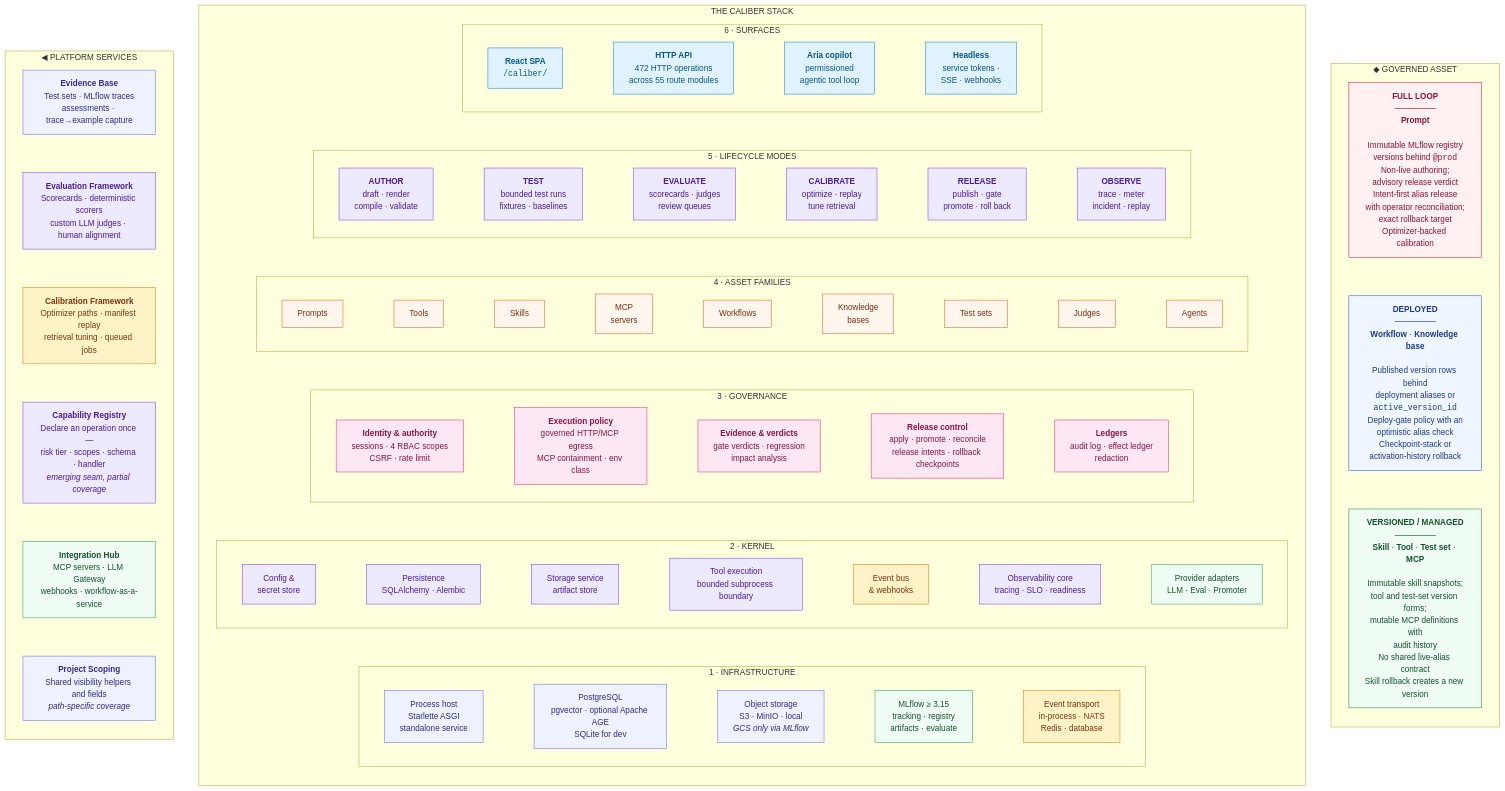
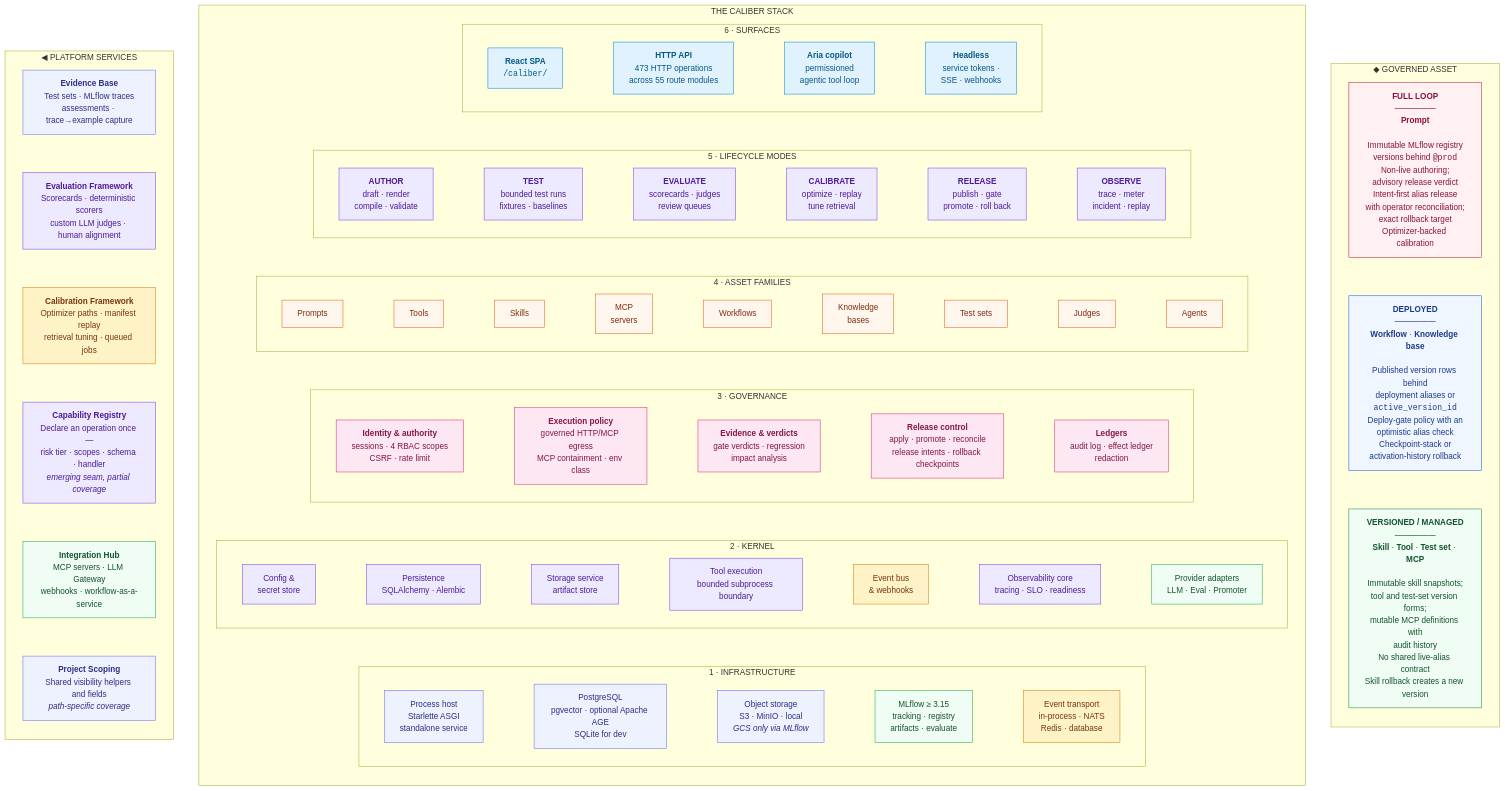
The first of 8 diagrams in ARCHITECTURE.md (rrahimi-uci/caliber-suite), drawn with Mermaid before and after one commit. The commit also changed 34 other files, not shown here.

```diff
--- a/ARCHITECTURE.md
+++ b/ARCHITECTURE.md
@@ -105,7 +105,7 @@
     subgraph L6["6 · SURFACES"]
       direction LR
       s1["<b>React SPA</b><br/><code>/caliber/</code>"]:::ui
-      s2["<b>HTTP API</b><br/>472 HTTP operations<br/>across 55 route modules"]:::ui
+      s2["<b>HTTP API</b><br/>473 HTTP operations<br/>across 55 route modules"]:::ui
       s3["<b>Aria copilot</b><br/>permissioned<br/>agentic tool loop"]:::ui
       s4["<b>Headless</b><br/>service tokens ·<br/>SSE · webhooks"]:::ui
       s1 --- s2 --- s3 --- s4
```
